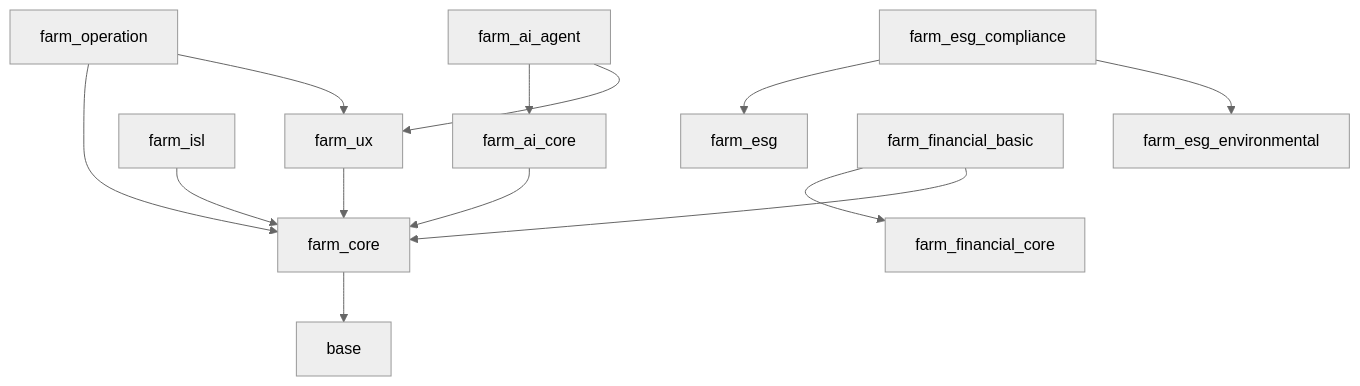
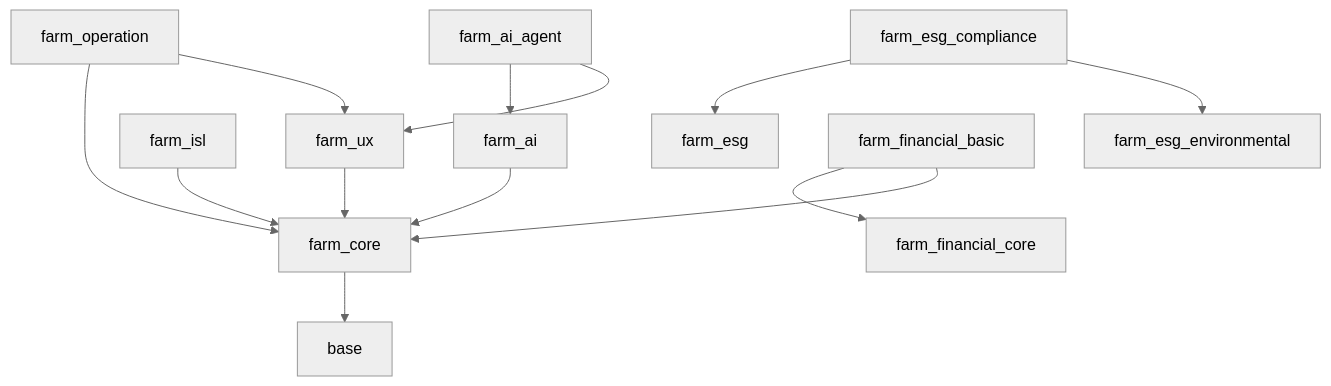
Before and after one commit to jeffery9/odoo-farm: the diagram in docs/technical/architecture/MIXIN_ARCHITECTURE_SUMMARY.md, drawn with Mermaid (neutral theme). The commit also changed other lines of this file and 35 other files, not shown here.

First line of the commit message:
refactor: rename farm_ai_core to farm_ai

````diff
--- a/docs/technical/architecture/MIXIN_ARCHITECTURE_SUMMARY.md
+++ b/docs/technical/architecture/MIXIN_ARCHITECTURE_SUMMARY.md
@@ -60,15 +60,15 @@
 ```mermaid
 graph TD
     farm_core[farm_core] --> base
     farm_ux[farm_ux] --> farm_core
     farm_isl[farm_isl] --> farm_core
     farm_operation[farm_operation] --> farm_core
     farm_operation --> farm_ux
-    farm_ai_core[farm_ai_core] --> farm_core
-    farm_ai_agent[farm_ai_agent] --> farm_ai_core
+    farm_ai[farm_ai] --> farm_core
+    farm_ai_agent[farm_ai_agent] --> farm_ai
     farm_ai_agent --> farm_ux
     farm_esg_compliance[farm_esg_compliance] --> farm_esg
     farm_esg_compliance --> farm_esg_environmental
     farm_financial_basic[farm_financial_basic] --> farm_financial_core
     farm_financial_basic --> farm_core
 ```
````
